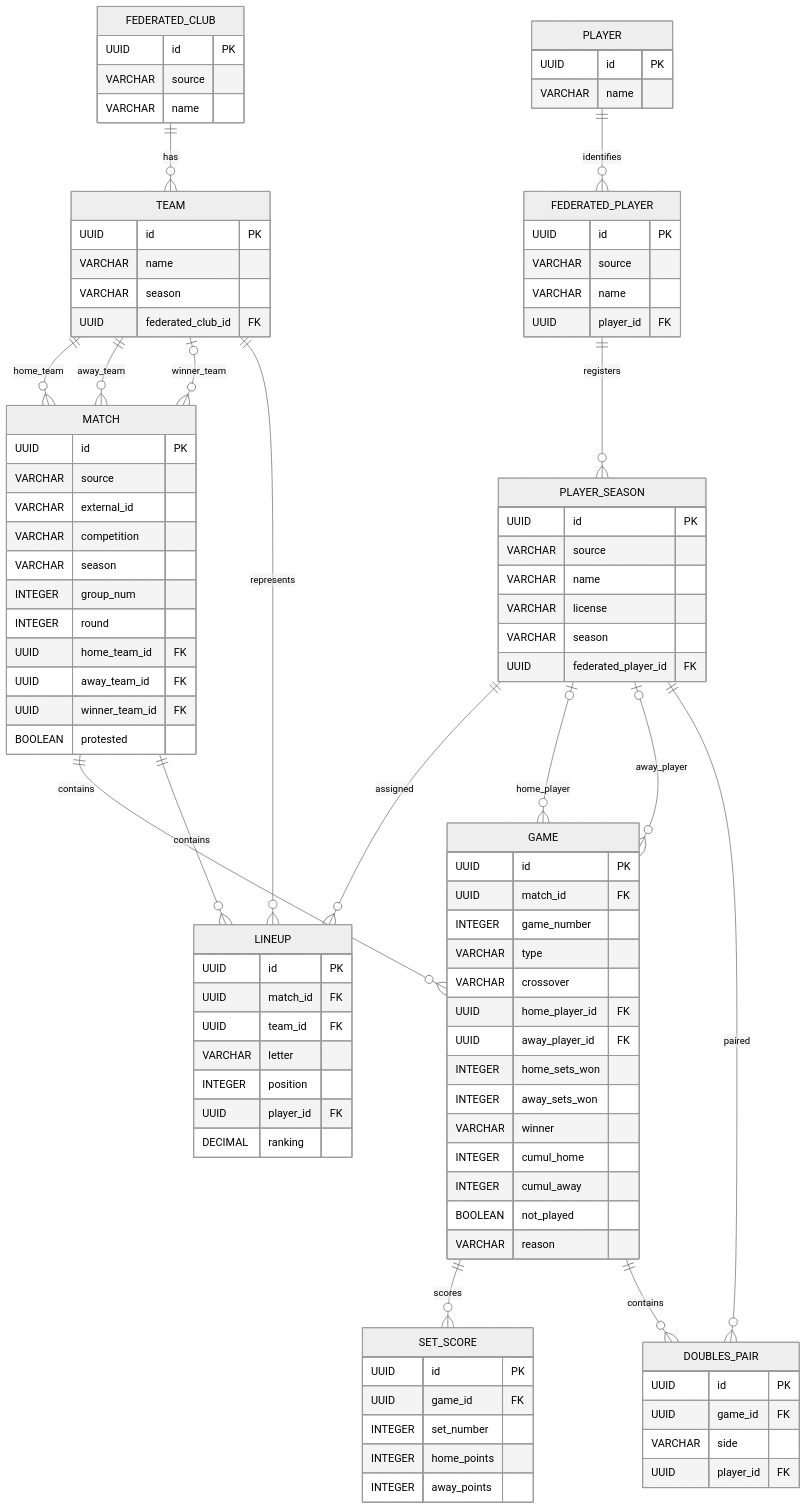
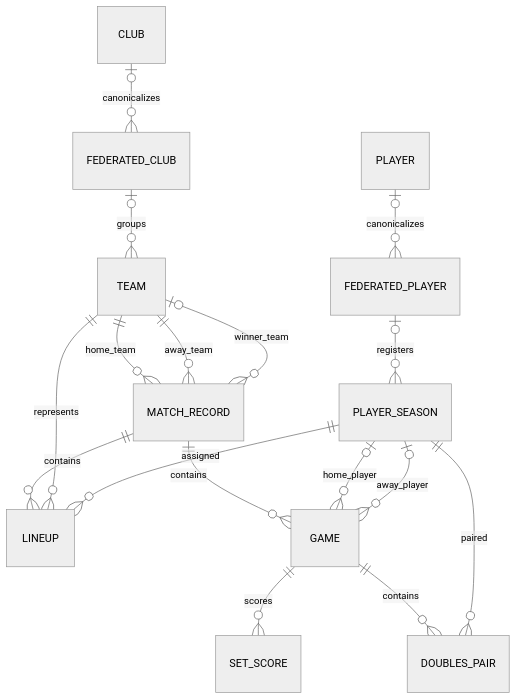
The diagram in tt-data-league-core-repository-jpa/docs/rfetm-datamodel.md (albertsanso/tt-league-services), drawn with Mermaid (neutral theme) before and after one commit. The commit also changed other lines of this file and 19 other files, not shown here.

````diff
--- a/tt-data-league-core-repository-jpa/docs/rfetm-datamodel.md
+++ b/tt-data-league-core-repository-jpa/docs/rfetm-datamodel.md
@@ -380,99 +317,19 @@
 ```mermaid
 erDiagram
-    FEDERATED_CLUB ||--o{ TEAM : has
-    PLAYER ||--o{ FEDERATED_PLAYER : identifies
-    TEAM ||--o{ MATCH : home_team
-    TEAM ||--o{ MATCH : away_team
-    TEAM o|--o{ MATCH : winner_team
+    CLUB o|--o{ FEDERATED_CLUB : canonicalizes
+    FEDERATED_CLUB o|--o{ TEAM : groups
+    PLAYER o|--o{ FEDERATED_PLAYER : canonicalizes
+    FEDERATED_PLAYER o|--o{ PLAYER_SEASON : registers
+    TEAM ||--o{ MATCH_RECORD : home_team
+    TEAM ||--o{ MATCH_RECORD : away_team
+    TEAM o|--o{ MATCH_RECORD : winner_team
+    MATCH_RECORD ||--o{ LINEUP : contains
     TEAM ||--o{ LINEUP : represents
-    FEDERATED_PLAYER ||--o{ PLAYER_SEASON : registers
     PLAYER_SEASON ||--o{ LINEUP : assigned
+    MATCH_RECORD ||--o{ GAME : contains
     PLAYER_SEASON o|--o{ GAME : home_player
     PLAYER_SEASON o|--o{ GAME : away_player
-    PLAYER_SEASON ||--o{ DOUBLES_PAIR : paired
-    MATCH ||--o{ GAME : contains
-    MATCH ||--o{ LINEUP : contains
     GAME ||--o{ SET_SCORE : scores
     GAME ||--o{ DOUBLES_PAIR : contains
-
-    FEDERATED_CLUB {
-        UUID id PK
-        VARCHAR source
-        VARCHAR name
-    }
-    TEAM {
-        UUID id PK
-        VARCHAR name
-        VARCHAR season
-        UUID federated_club_id FK
-    }
-    FEDERATED_PLAYER {
-        UUID id PK
-        VARCHAR source
-        VARCHAR name
-        UUID player_id FK
-    }
-    PLAYER {
-        UUID id PK
-        VARCHAR name
-    }
-    PLAYER_SEASON {
-        UUID id PK
-        VARCHAR source
-        VARCHAR name
-        VARCHAR license
-        VARCHAR season
-        UUID federated_player_id FK
-    }
-    MATCH {
-        UUID id PK
-        VARCHAR source
-        VARCHAR external_id
-        VARCHAR competition
-        VARCHAR season
-        INTEGER group_num
-        INTEGER round
-        UUID home_team_id FK
-        UUID away_team_id FK
-        UUID winner_team_id FK
-        BOOLEAN protested
-    }
-    LINEUP {
-        UUID id PK
-        UUID match_id FK
-        UUID team_id FK
-        VARCHAR letter
-        INTEGER position
-        UUID player_id FK
-        DECIMAL ranking
-    }
-    GAME {
-        UUID id PK
-        UUID match_id FK
-        INTEGER game_number
-        VARCHAR type
-        VARCHAR crossover
-        UUID home_player_id FK
-        UUID away_player_id FK
-        INTEGER home_sets_won
-        INTEGER away_sets_won
-        VARCHAR winner
-        INTEGER cumul_home
-        INTEGER cumul_away
-        BOOLEAN not_played
-        VARCHAR reason
-    }
-    SET_SCORE {
-        UUID id PK
-        UUID game_id FK
-        INTEGER set_number
-        INTEGER home_points
-        INTEGER away_points
-    }
-    DOUBLES_PAIR {
-        UUID id PK
-        UUID game_id FK
-        VARCHAR side
-        UUID player_id FK
-    }
+    PLAYER_SEASON ||--o{ DOUBLES_PAIR : paired
 ```
````
